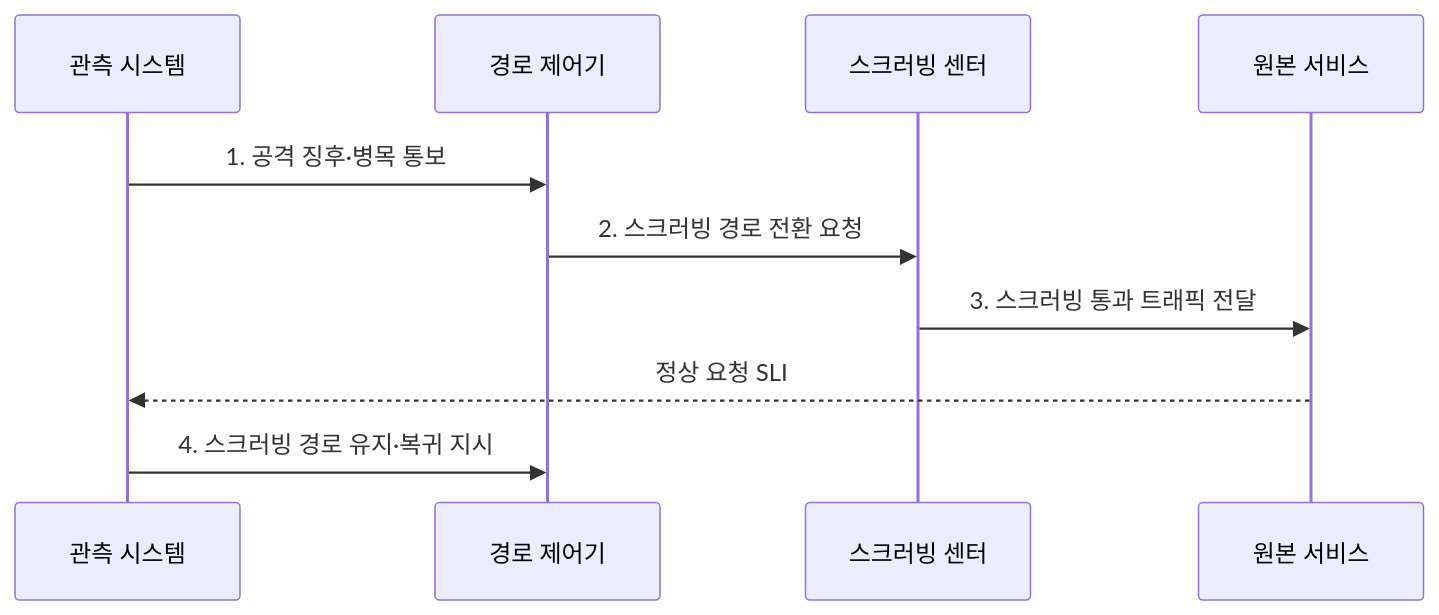
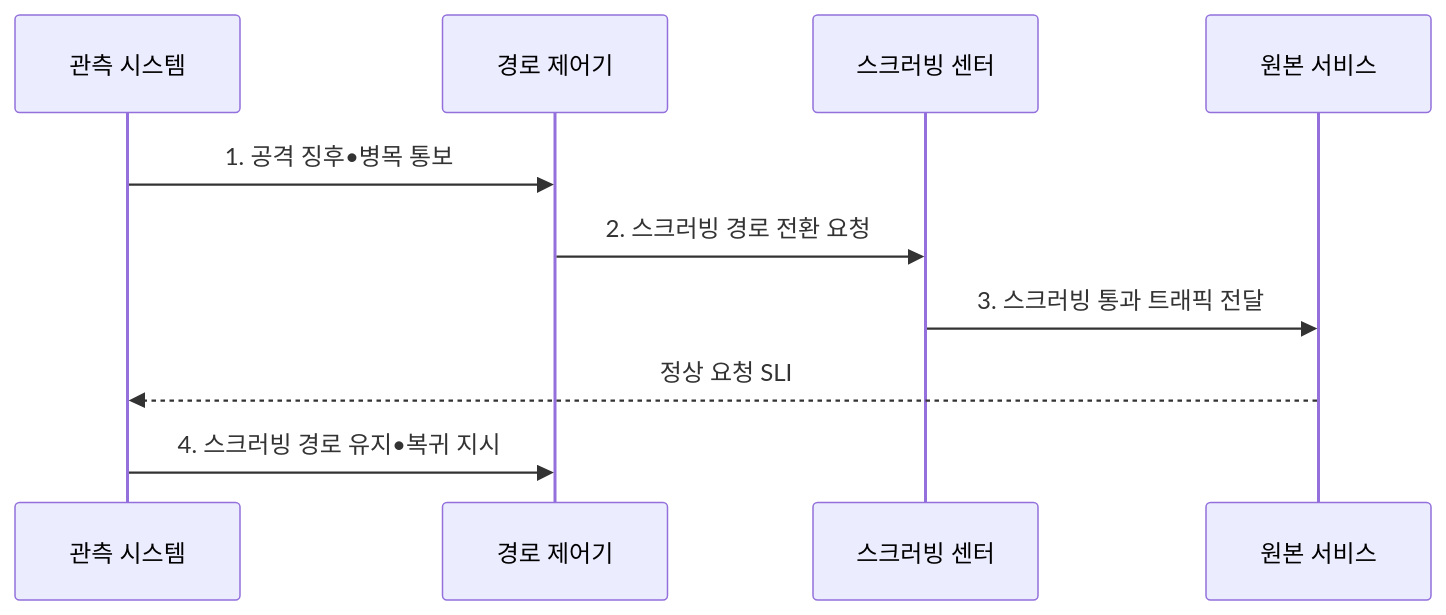
The second of 2 diagrams in src/content/docs/notes/05-security/025_ddos_attack.md (agnusdei1207/knowledge-base), drawn with Mermaid before and after one commit. The commit also changed other lines of this file and 953 other files, not shown here.

````diff
--- a/src/content/docs/notes/05-security/025_ddos_attack.md
+++ b/src/content/docs/notes/05-security/025_ddos_attack.md
@@ -103,12 +103,12 @@
 ```mermaid
 sequenceDiagram
     participant M as 관측 시스템
     participant R as 경로 제어기
     participant S as 스크러빙 센터
     participant O as 원본 서비스
-    M->>R: 1. 공격 징후·병목 통보
+    M->>R: 1. 공격 징후•병목 통보
     R->>S: 2. 스크러빙 경로 전환 요청
     S->>O: 3. 스크러빙 통과 트래픽 전달
     O-->>M: 정상 요청 SLI
-    M->>R: 4. 스크러빙 경로 유지·복귀 지시
+    M->>R: 4. 스크러빙 경로 유지•복귀 지시
 ```
````
